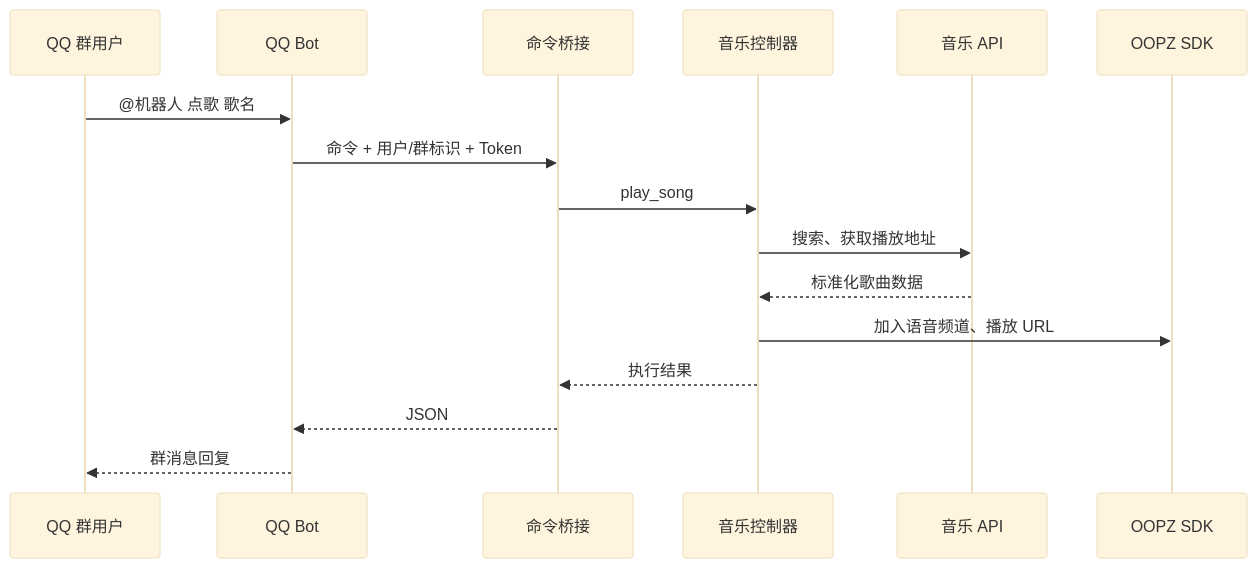
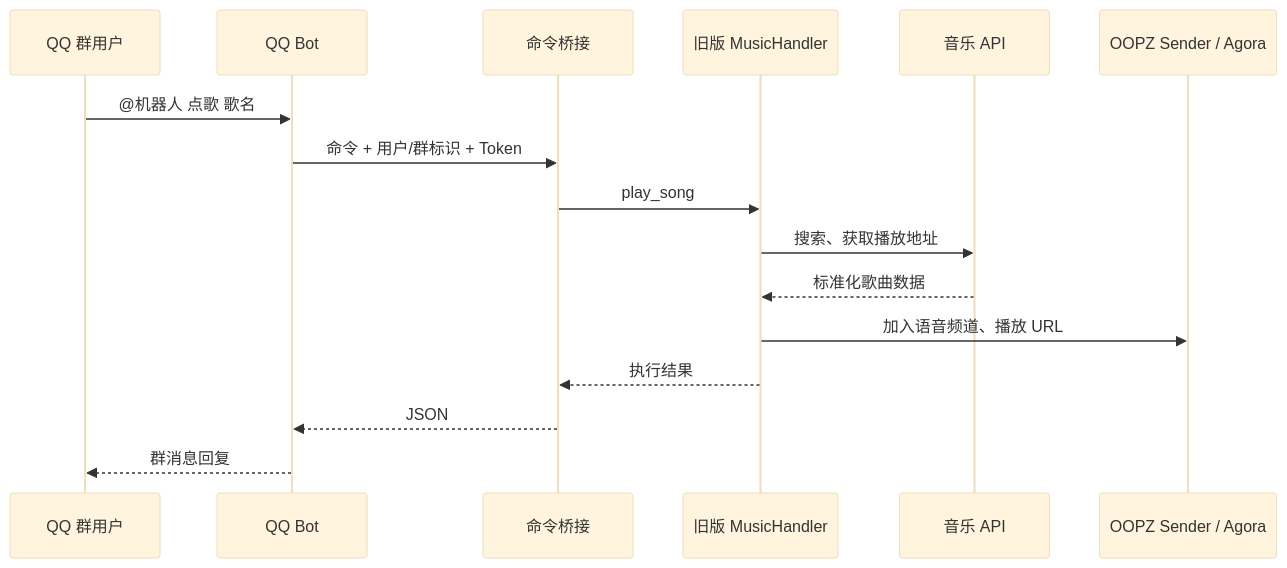
Before and after one commit to ji333abc/oopz-music-bot: the second of 2 diagrams in docs/ARCHITECTURE.md, drawn with Mermaid (base theme). The commit also changed other lines of this file and 196 other files, not shown here.

Commit message:
Embed legacy OOPZ core in Docker runtime

````diff
--- a/docs/ARCHITECTURE.md
+++ b/docs/ARCHITECTURE.md
@@ -43,19 +46,19 @@
 ```mermaid
 sequenceDiagram
     participant User as QQ 群用户
     participant QQ as QQ Bot
     participant API as 命令桥接
-    participant Core as 音乐控制器
+    participant Core as 旧版 MusicHandler
     participant Music as 音乐 API
-    participant OOPZ as OOPZ SDK
+    participant OOPZ as OOPZ Sender / Agora
 
     User->>QQ: @机器人 点歌 歌名
     QQ->>API: 命令 + 用户/群标识 + Token
     API->>Core: play_song
     Core->>Music: 搜索、获取播放地址
     Music-->>Core: 标准化歌曲数据
     Core->>OOPZ: 加入语音频道、播放 URL
     Core-->>API: 执行结果
     API-->>QQ: JSON
     QQ-->>User: 群消息回复
 ```
````
